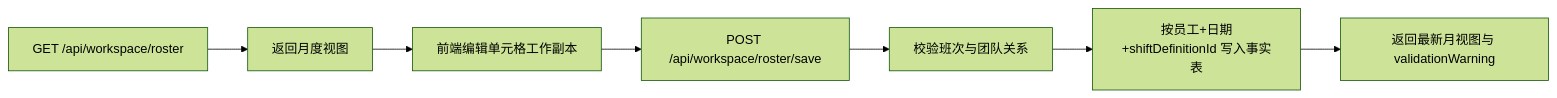
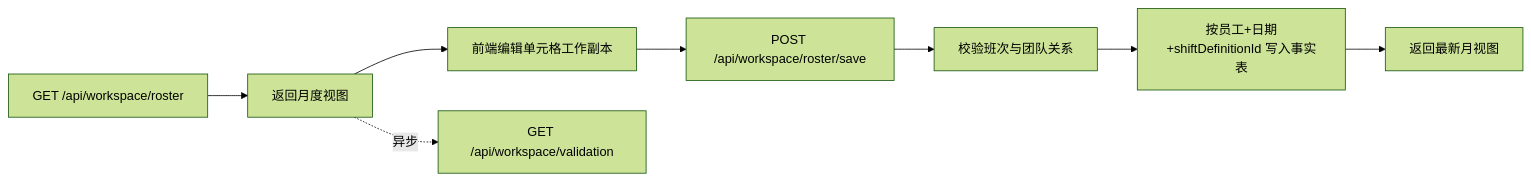
Before and after one commit to yachi666/support-roster-server: the diagram in .specs/features/workspace-admin/roster.md, drawn with Mermaid (forest theme). The commit also changed other lines of this file and 18 other files, not shown here.

````diff
--- a/.specs/features/workspace-admin/roster.md
+++ b/.specs/features/workspace-admin/roster.md
@@ -16,9 +16,10 @@
 ```mermaid
 flowchart LR
     QUERY[GET /api/workspace/roster] --> VIEW[返回月度视图]
     VIEW --> EDIT[前端编辑单元格工作副本]
     EDIT --> SAVE[POST /api/workspace/roster/save]
     SAVE --> CHECK[校验班次与团队关系]
     CHECK --> STORE[按员工+日期+shiftDefinitionId 写入事实表]
-    STORE --> RESULT[返回最新月视图与 validationWarning]
+    STORE --> RESULT[返回最新月视图]
+    VIEW -.异步.-> VALIDATION[GET /api/workspace/validation]
 ```
````
